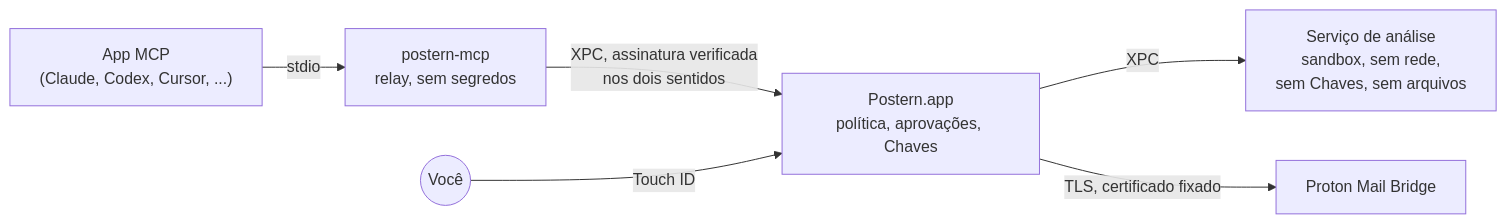
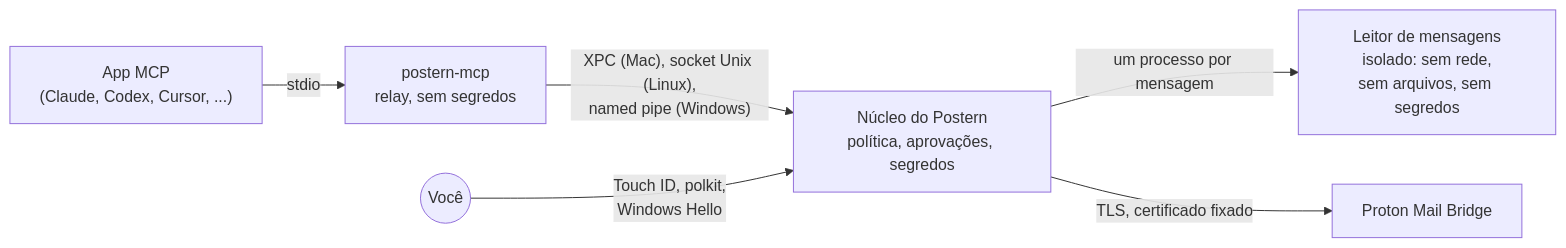
The diagram in README.pt-BR.md (ruben4reall/postern), drawn with Mermaid before and after one commit. The commit also changed other lines of this file and 30 other files, not shown here.

````diff
--- a/README.pt-BR.md
+++ b/README.pt-BR.md
@@ -365,8 +400,8 @@
 ```mermaid
 flowchart LR
     client["App MCP<br>(Claude, Codex, Cursor, ...)"] -- "stdio" --> relay["postern-mcp<br>relay, sem segredos"]
-    relay -- "XPC, assinatura verificada<br>nos dois sentidos" --> core["Postern.app<br>política, aprovações, Chaves"]
-    core -- "XPC" --> parser["Serviço de análise<br>sandbox, sem rede,<br>sem Chaves, sem arquivos"]
+    relay -- "XPC (Mac), socket Unix (Linux),<br>named pipe (Windows)" --> core["Núcleo do Postern<br>política, aprovações, segredos"]
+    core -- "um processo por mensagem" --> parser["Leitor de mensagens<br>isolado: sem rede,<br>sem arquivos, sem segredos"]
     core -- "TLS, certificado fixado" --> bridge["Proton Mail Bridge"]
-    you(("Você")) -- "Touch ID" --> core
+    you(("Você")) -- "Touch ID, polkit,<br>Windows Hello" --> core
 ```
````
